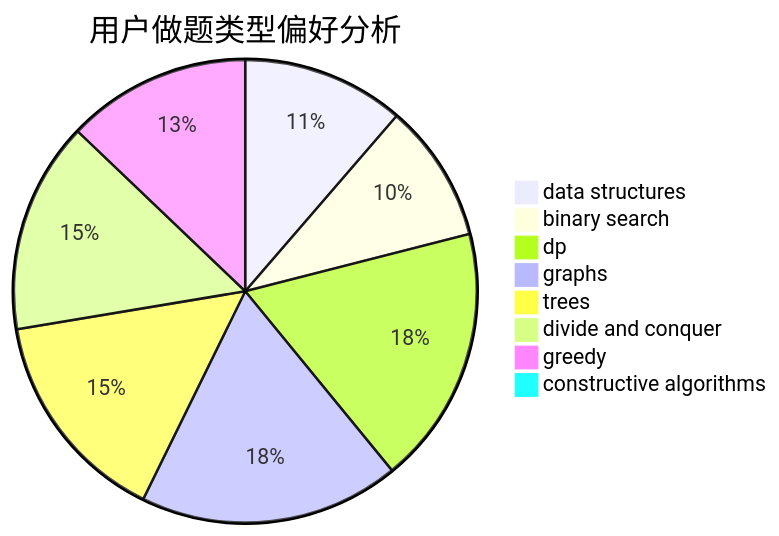
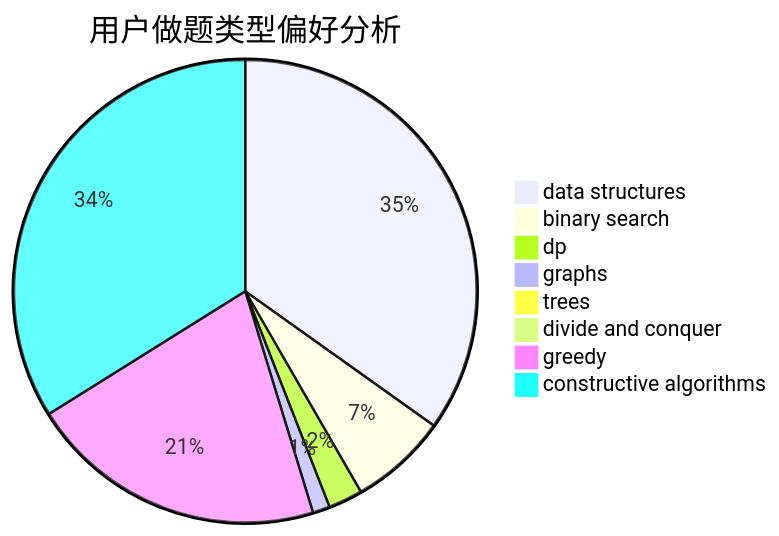
The second of 3 diagrams in docs/user/u276.md (sherpahu/cfrs.github.io), drawn with Mermaid before and after one commit. The commit also changed other lines of this file and 2770 other files, not shown here.

````diff
--- a/docs/user/u276.md
+++ b/docs/user/u276.md
@@ -23,11 +23,11 @@
 ```mermaid
 pie title 用户做题类型偏好分析
-    "data structures" :  96
-    "binary search" :  82
-    "dp" :  153
-    "graphs" :  154
-    "trees" :  128
-    "divide and conquer" :  125
-    "greedy" :  109
-    "constructive algorithms" :  8
+    "data structures" :  291
+    "binary search" :  57
+    "dp" :  20
+    "graphs" :  10
+    "trees" :  4
+    "divide and conquer" :  0
+    "greedy" :  174
+    "constructive algorithms" :  283
 ```
````
